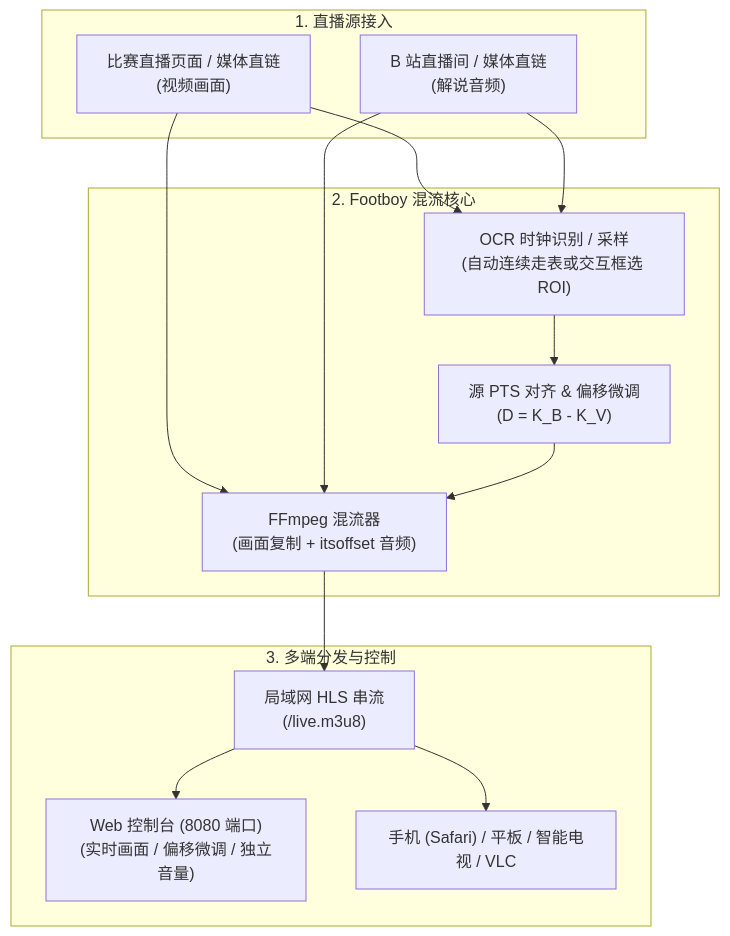
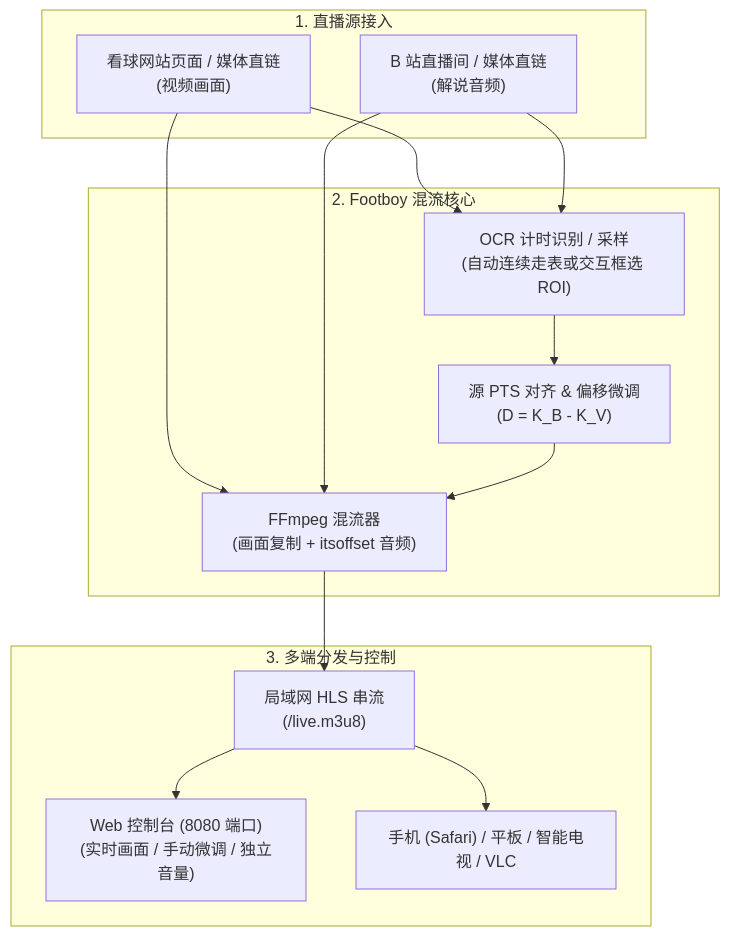
Before and after one commit to M1zore1337/footboy: the diagram in README.md, drawn with Mermaid. The commit also changed other lines of this file and 5 other files, not shown here.

````diff
--- a/README.md
+++ b/README.md
@@ -18,29 +26,29 @@
 ```mermaid
 flowchart TD
     subgraph Input ["1. 直播源接入"]
-        V["比赛直播页面 / 媒体直链<br/>(视频画面)"]
+        V["看球网站页面 / 媒体直链<br/>(视频画面)"]
         B["B 站直播间 / 媒体直链<br/>(解说音频)"]
     end
 
     subgraph Core ["2. Footboy 混流核心"]
-        OCR["OCR 时钟识别 / 采样<br/>(自动连续走表或交互框选 ROI)"]
+        OCR["OCR 计时识别 / 采样<br/>(自动连续走表或交互框选 ROI)"]
         Sync["源 PTS 对齐 & 偏移微调<br/>(D = K_B - K_V)"]
         FFmpeg["FFmpeg 混流器<br/>(画面复制 + itsoffset 音频)"]
     end
 
     subgraph Output ["3. 多端分发与控制"]
-        WebUI["Web 控制台 (8080 端口)<br/>(实时画面 / 偏移微调 / 独立音量)"]
+        WebUI["Web 控制台 (8080 端口)<br/>(实时画面 / 手动微调 / 独立音量)"]
         HLS["局域网 HLS 串流<br/>(/live.m3u8)"]
         Client["手机 (Safari) / 平板 / 智能电视 / VLC"]
     end
 
     V --> OCR
     B --> OCR
     OCR --> Sync
     V --> FFmpeg
     B --> FFmpeg
     Sync --> FFmpeg
     FFmpeg --> HLS
     HLS --> WebUI
     HLS --> Client
 ```
````
